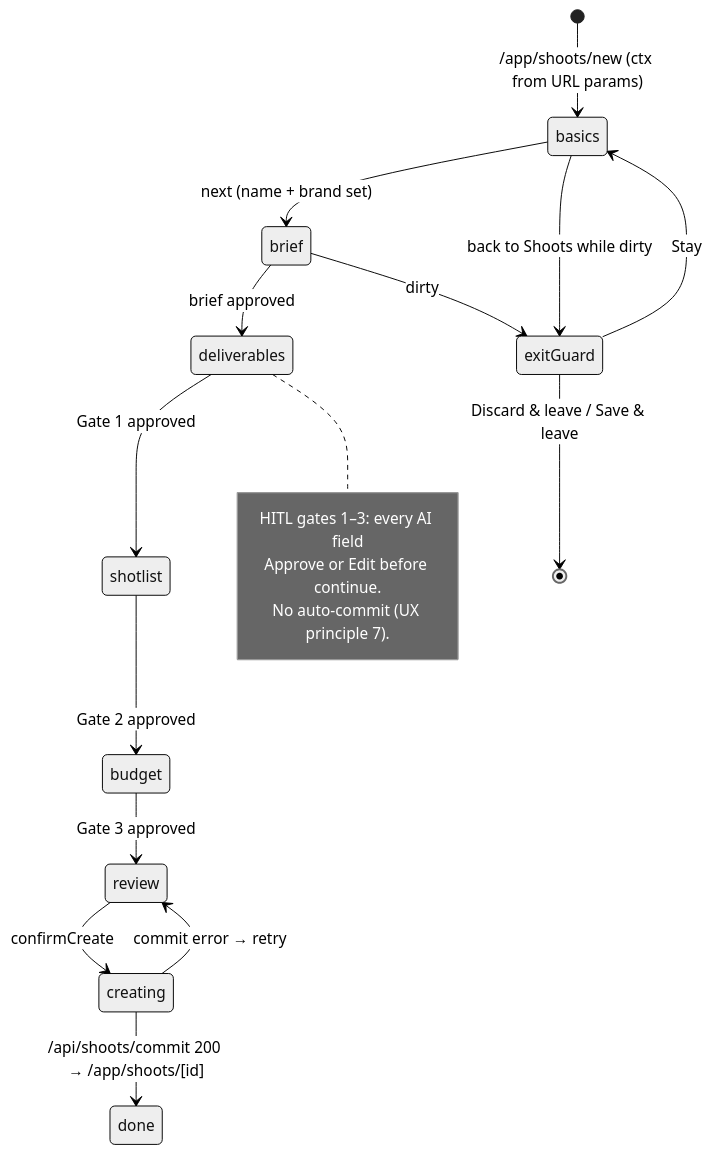
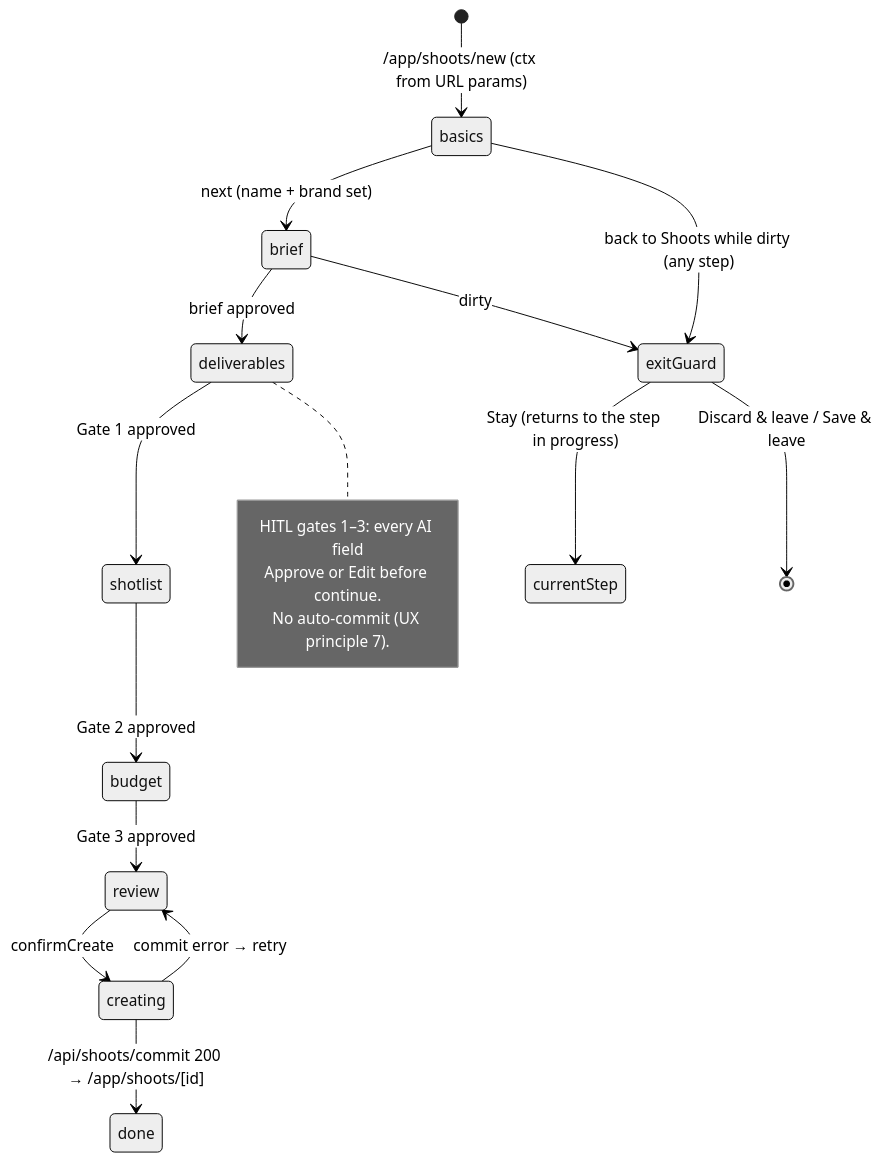
One commit to amo-tech-ai/lumina-studio changed the first of 3 diagrams in tasks/design-docs/shoot/PLAN/shoot-wizard-dc-conversion.md. Above: the diagram before and after it, drawn with Mermaid (neutral theme). The commit also changed other lines of this file, not shown here.

First line of the commit message:
docs(ipi-274): clarify Brief is not a 4th HITL gate + diagram/test-mock nits

````diff
--- a/tasks/design-docs/shoot/PLAN/shoot-wizard-dc-conversion.md
+++ b/tasks/design-docs/shoot/PLAN/shoot-wizard-dc-conversion.md
@@ -180,21 +186,21 @@
 ```mermaid
 stateDiagram-v2
   [*] --> basics: /app/shoots/new (ctx from URL params)
   basics --> brief: next (name + brand set)
   brief --> deliverables: brief approved
   deliverables --> shotlist: Gate 1 approved
   shotlist --> budget: Gate 2 approved
   budget --> review: Gate 3 approved
   review --> creating: confirmCreate
   creating --> done: /api/shoots/commit 200 → /app/shoots/[id]
   creating --> review: commit error → retry
-  basics --> exitGuard: back to Shoots while dirty
+  basics --> exitGuard: back to Shoots while dirty (any step)
   brief --> exitGuard: dirty
-  exitGuard --> basics: Stay
+  exitGuard --> currentStep: Stay (returns to the step in progress)
   exitGuard --> [*]: Discard & leave / Save & leave
   note right of deliverables
     HITL gates 1–3: every AI field
     Approve or Edit before continue.
     No auto-commit (UX principle 7).
   end note
 ```
````
